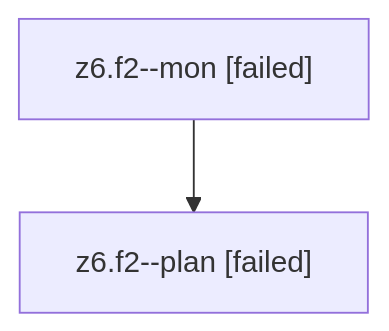
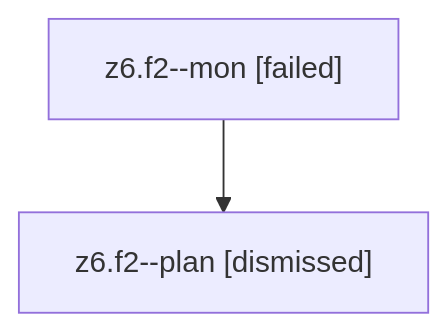
The diagram in families/bbugyi200.athena.z6.f2.md (sase-org/sase--agents), drawn with Mermaid before and after one commit. The commit also changed other lines of this file and 1178 other files, not shown here.

````diff
--- a/families/bbugyi200.athena.z6.f2.md
+++ b/families/bbugyi200.athena.z6.f2.md
@@ -9,6 +9,6 @@
 ```mermaid
 flowchart TD
   n0["z6.f2--mon [failed]"]
-  n1["z6.f2--plan [failed]"]
+  n1["z6.f2--plan [dismissed]"]
   n0 --> n1
 ```
````
